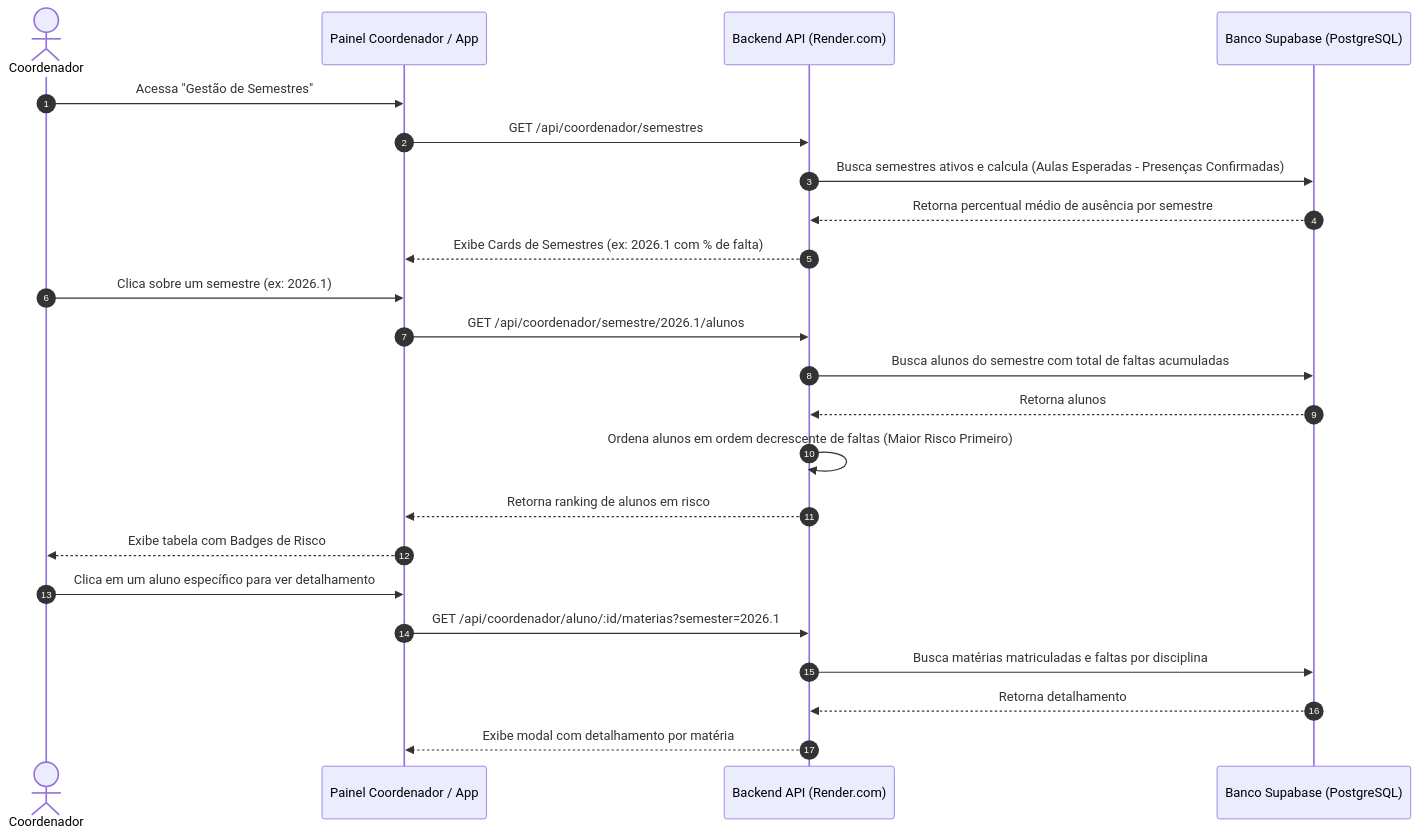
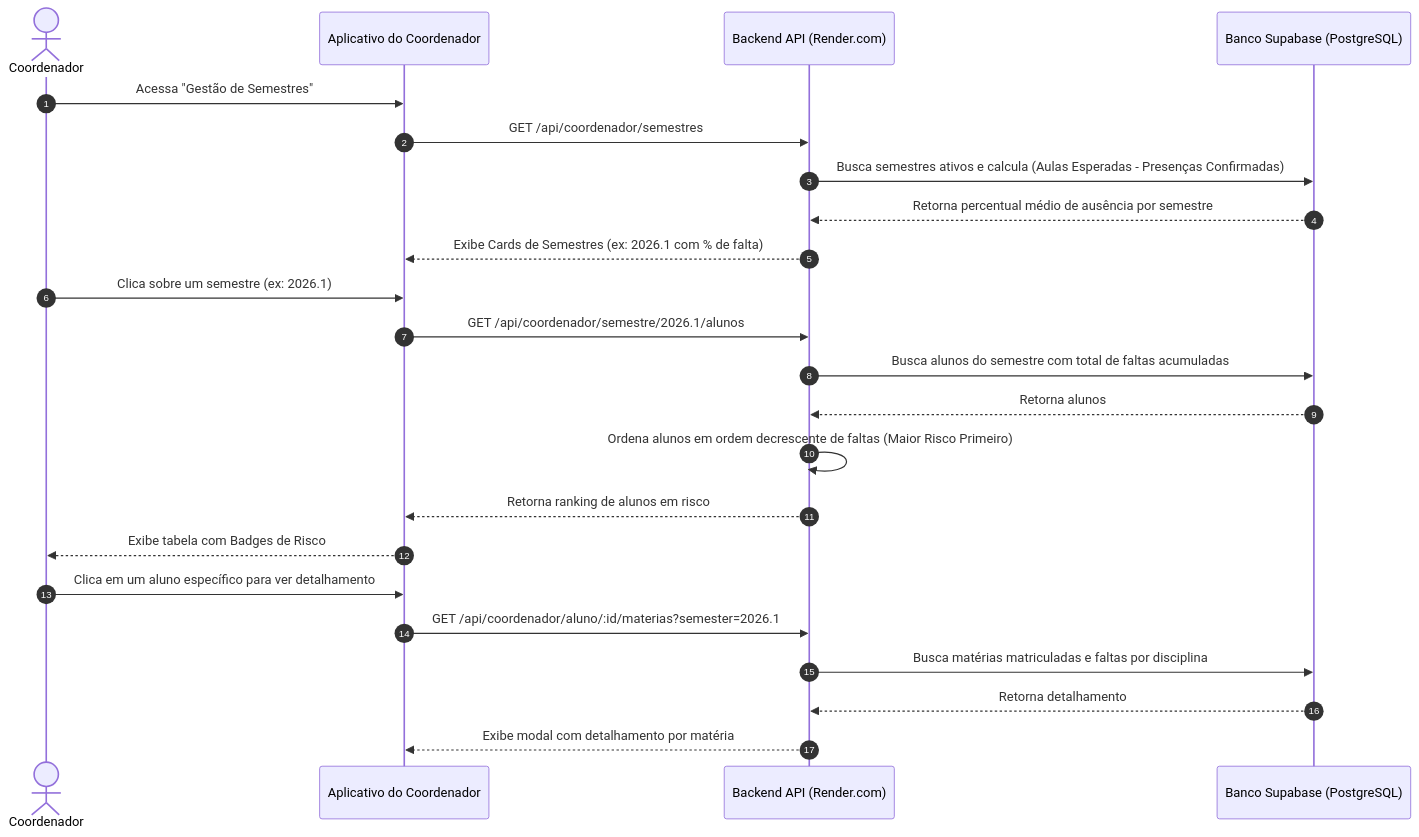
One commit to caneschi-lais/geoclass changed diagram 12 of 24 in documentacao/diagramas/fluxos.md. Above: the diagram before and after it, drawn with Mermaid. The commit also changed other lines of this file and 34 other files, not shown here.

Commit message:
docs: add system architecture diagrams and generation script

````diff
--- a/documentacao/diagramas/fluxos.md
+++ b/documentacao/diagramas/fluxos.md
@@ -445,28 +445,28 @@
 ```mermaid
 sequenceDiagram
     autonumber
     actor Coordenador
-    participant Web as Painel Coordenador / App
+    participant App as Aplicativo do Coordenador
     participant API as Backend API (Render.com)
     participant DB as Banco Supabase (PostgreSQL)
 
-    Coordenador->>Web: Acessa "Gestão de Semestres"
-    Web->>API: GET /api/coordenador/semestres
+    Coordenador->>App: Acessa "Gestão de Semestres"
+    App->>API: GET /api/coordenador/semestres
     API->>DB: Busca semestres ativos e calcula (Aulas Esperadas - Presenças Confirmadas)
     DB-->>API: Retorna percentual médio de ausência por semestre
-    API-->>Web: Exibe Cards de Semestres (ex: 2026.1 com % de falta)
+    API-->>App: Exibe Cards de Semestres (ex: 2026.1 com % de falta)
 
-    Coordenador->>Web: Clica sobre um semestre (ex: 2026.1)
-    Web->>API: GET /api/coordenador/semestre/2026.1/alunos
+    Coordenador->>App: Clica sobre um semestre (ex: 2026.1)
+    App->>API: GET /api/coordenador/semestre/2026.1/alunos
     API->>DB: Busca alunos do semestre com total de faltas acumuladas
     DB-->>API: Retorna alunos
     API->>API: Ordena alunos em ordem decrescente de faltas (Maior Risco Primeiro)
-    API-->>Web: Retorna ranking de alunos em risco
-    Web-->>Coordenador: Exibe tabela com Badges de Risco
+    API-->>App: Retorna ranking de alunos em risco
+    App-->>Coordenador: Exibe tabela com Badges de Risco
 
-    Coordenador->>Web: Clica em um aluno específico para ver detalhamento
-    Web->>API: GET /api/coordenador/aluno/:id/materias?semester=2026.1
+    Coordenador->>App: Clica em um aluno específico para ver detalhamento
+    App->>API: GET /api/coordenador/aluno/:id/materias?semester=2026.1
     API->>DB: Busca matérias matriculadas e faltas por disciplina
     DB-->>API: Retorna detalhamento
-    API-->>Web: Exibe modal com detalhamento por matéria
+    API-->>App: Exibe modal com detalhamento por matéria
 ```
````
